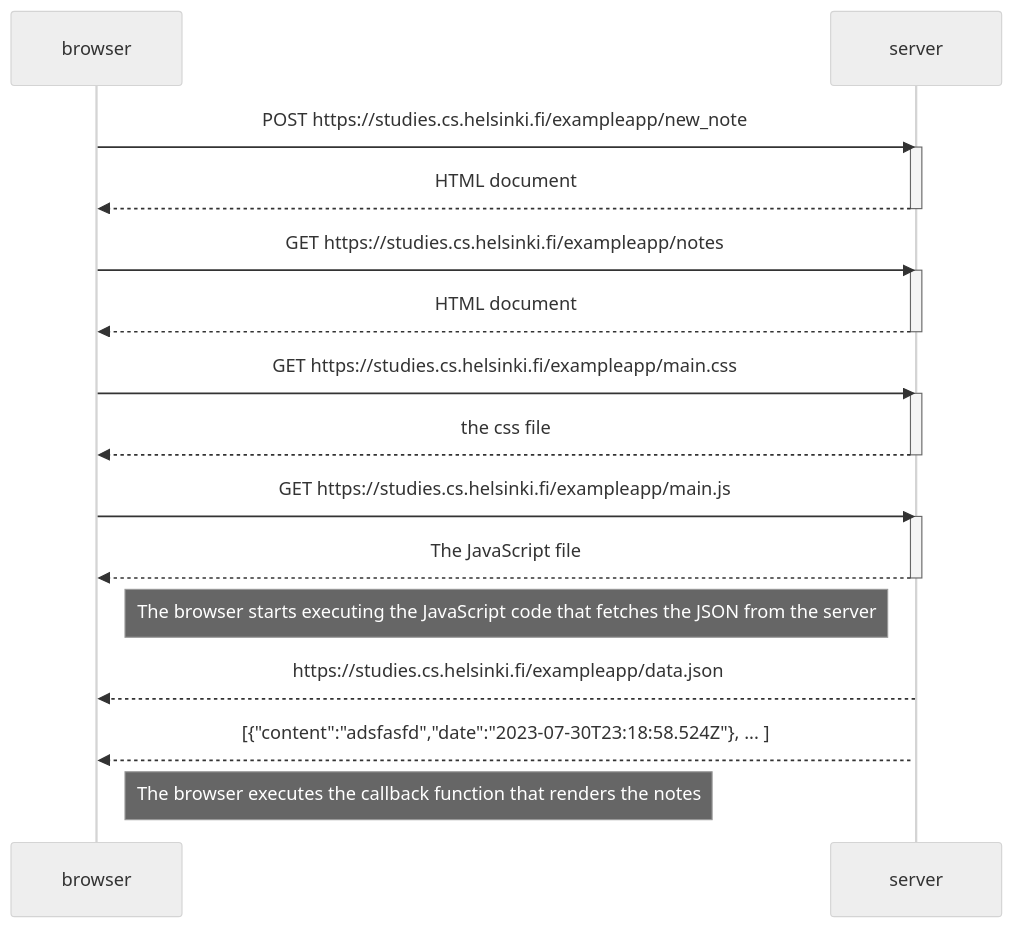
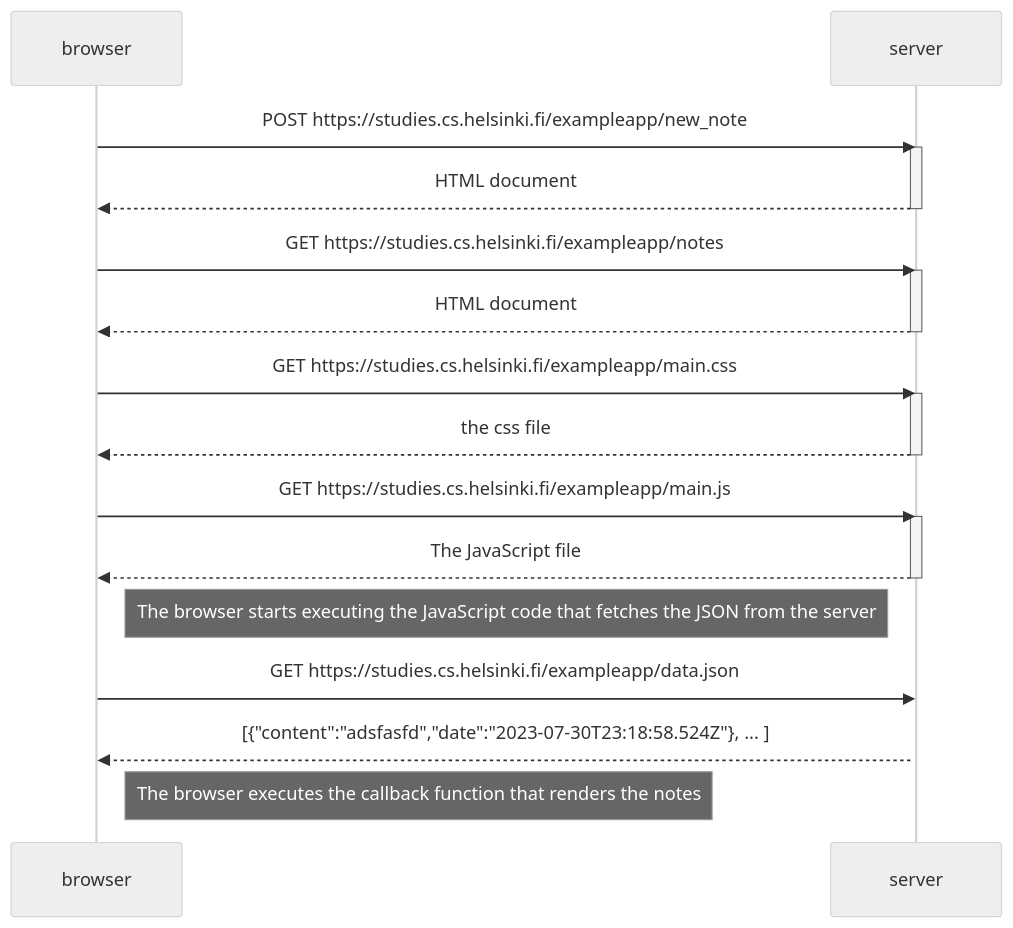
One commit to alelikak/fullstackopen changed the diagram in 04.md. Above: the diagram before and after it, drawn with Mermaid (neutral theme).

````diff
--- a/04.md
+++ b/04.md
@@ -1,35 +1,35 @@
 ```mermaid
 sequenceDiagram
     participant browser
     participant server
     
     browser->>server: POST https://studies.cs.helsinki.fi/exampleapp/new_note
     activate server
     server-->>browser: HTML document
     deactivate server
     
     browser->>server: GET https://studies.cs.helsinki.fi/exampleapp/notes
     activate server
     server-->>browser: HTML document
     deactivate server
     
     browser->>server: GET https://studies.cs.helsinki.fi/exampleapp/main.css
     activate server
     server-->>browser: the css file
     deactivate server
     
     
     browser->>server: GET https://studies.cs.helsinki.fi/exampleapp/main.js
     activate server
     server-->>browser: The JavaScript file
     deactivate server    
 
     Note right of browser: The browser starts executing the JavaScript code that fetches the JSON from the server
     
 
-    server-->>browser: https://studies.cs.helsinki.fi/exampleapp/data.json
+    browser->>server: GET https://studies.cs.helsinki.fi/exampleapp/data.json
     activate server
     server-->>browser: [{"content":"adsfasfd","date":"2023-07-30T23:18:58.524Z"}, ... ]
     
     Note right of browser: The browser executes the callback function that renders the notes
 ```
````
